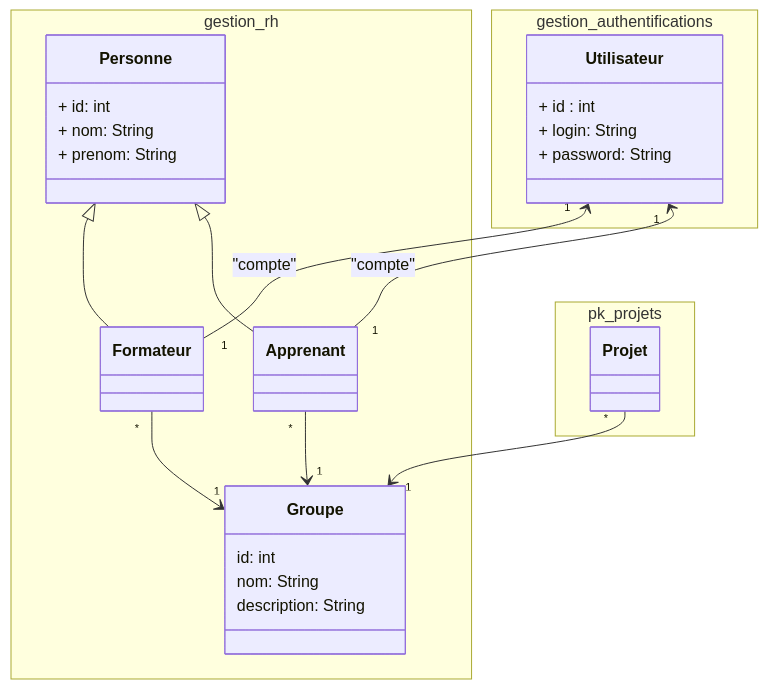
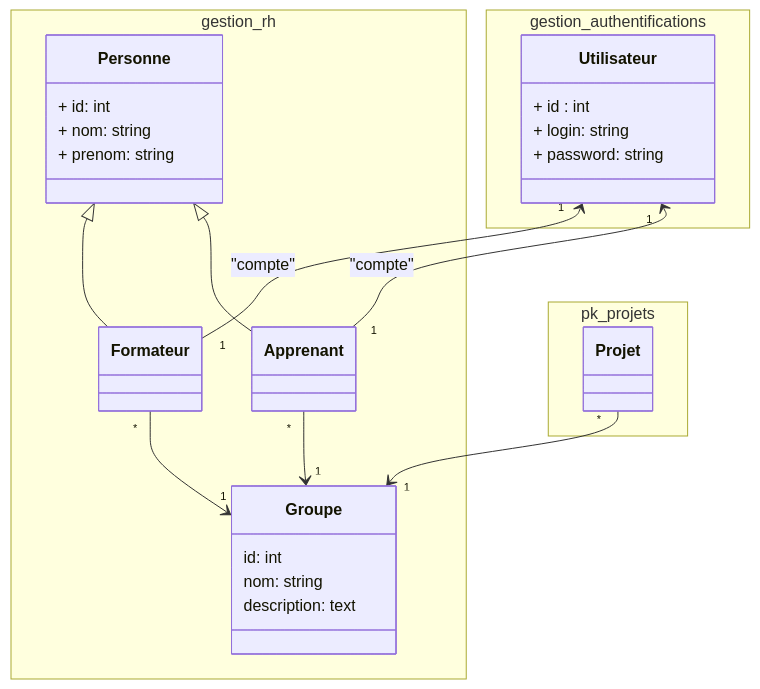
Before and after one commit to zaani12/prototype: the diagram in modélisation/pkg_rh/classes_pkg_rh.mmd, drawn with Mermaid. The commit also changed 32 other files, not shown here.

```diff
--- a/modélisation/pkg_rh/classes_pkg_rh.mmd
+++ b/modélisation/pkg_rh/classes_pkg_rh.mmd
@@ -1,46 +1,46 @@
 classDiagram
 
 namespace gestion_rh{
 
 class Personne {
     + id: int 
-    + nom: String 
-    + prenom: String 
+    + nom: string 
+    + prenom: string 
 }
 class Formateur 
 class Apprenant
 
 class  Groupe {
     id: int
-    nom: String
-    description: String
+    nom: string
+    description: text
 }
 
 
 }
 
 namespace pk_projets {
   class Projet
 
 }
 
 
 
 namespace gestion_authentifications {
 
 class Utilisateur {
     + id : int
-    + login: String 
-    + password: String 
+    + login: string 
+    + password: string 
 }
 }
 
 Personne <|-- Formateur
 Personne <|-- Apprenant 
 Utilisateur "1" <-- "1" Formateur : "compte"
 Utilisateur "1" <-- "1" Apprenant : "compte"
 
 Apprenant  "*" --> "1"  Groupe 
 
 Projet "*" --> "1" Groupe
 Formateur "*" --> "1" Groupe
```
